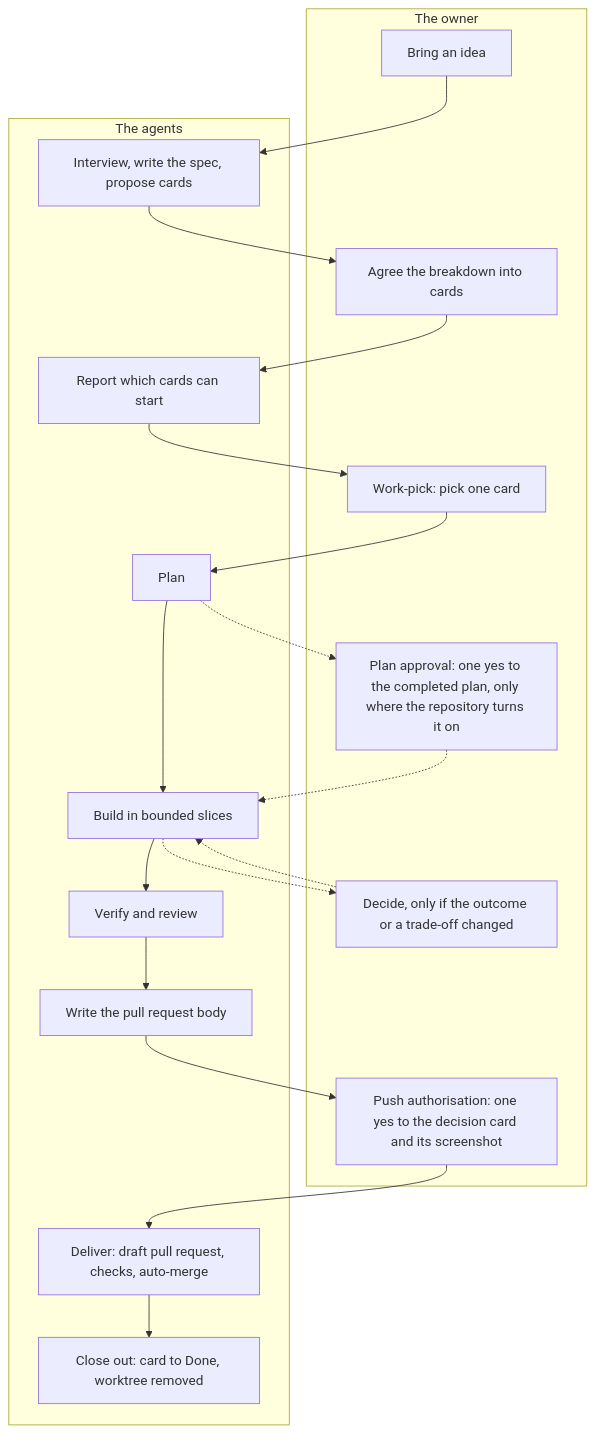
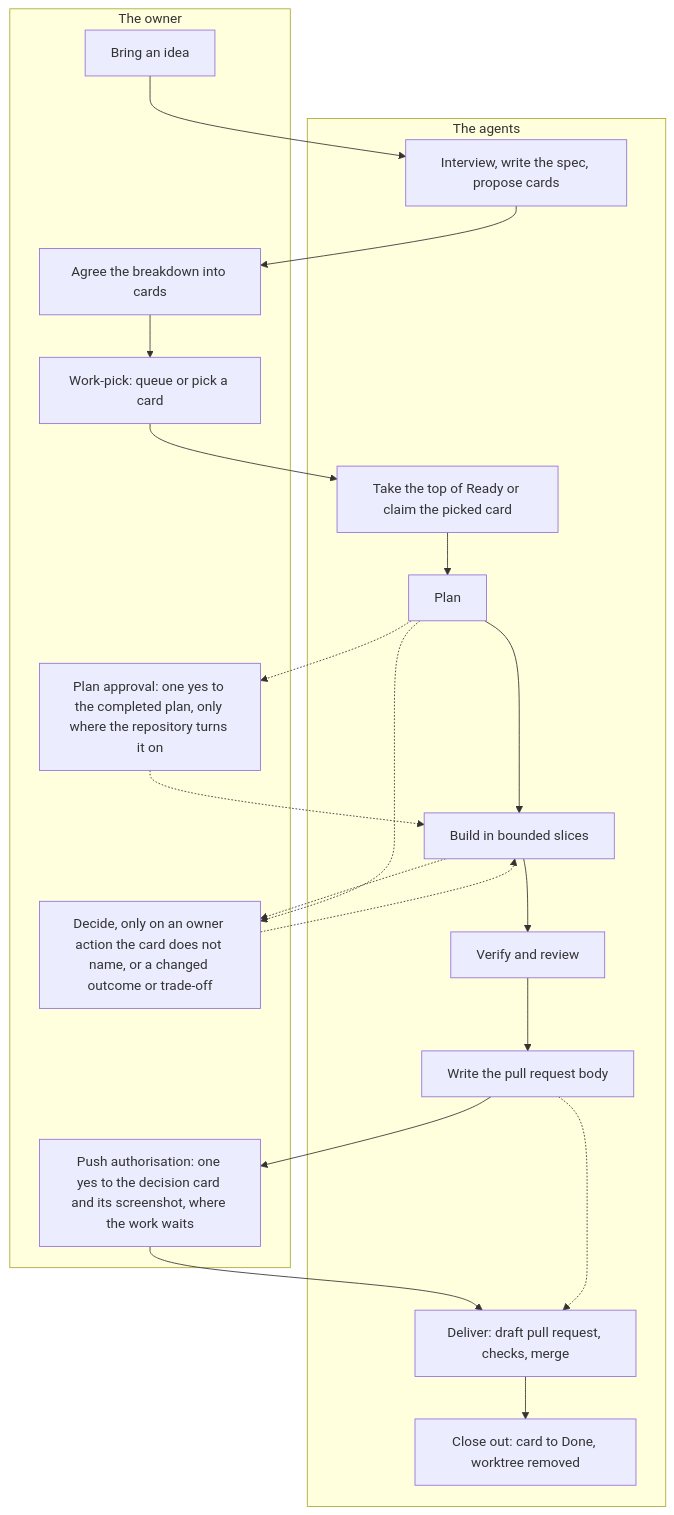
Before and after one commit to zaingulel/kestrel: the diagram in docs/AI-WORKFLOW.md, drawn with Mermaid. The commit also changed other lines of this file and 277 other files, not shown here.

````diff
--- a/docs/AI-WORKFLOW.md
+++ b/docs/AI-WORKFLOW.md
@@ -28,38 +28,40 @@
 ```mermaid
 flowchart TB
     accTitle: The owner and agent steps for one piece of work
     accDescr: The owner brings an idea and makes the decisions, and the agents interview, plan, build, verify, review and deliver, from the idea to a merged change.
     subgraph Owner["The owner"]
         O1["Bring an idea"]
         O2["Agree the breakdown into cards"]
-        O3["Work-pick: pick one card"]
+        O3["Work-pick: queue or pick a card"]
         O6["Plan approval: one yes to the completed plan, only where the repository turns it on"]
-        O4["Decide, only if the outcome or a trade-off changed"]
-        O5["Push authorisation: one yes to the decision card and its screenshot"]
+        O4["Decide, only on an owner action the card does not name, or a changed outcome or trade-off"]
+        O5["Push authorisation: one yes to the decision card and its screenshot, where the work waits"]
     end
     subgraph Agents["The agents"]
         A1["Interview, write the spec, propose cards"]
-        A2["Report which cards can start"]
+        A2["Take the top of Ready or claim the picked card"]
         A3["Plan"]
         A4["Build in bounded slices"]
         A5["Verify and review"]
         A6["Write the pull request body"]
-        A7["Deliver: draft pull request, checks, auto-merge"]
+        A7["Deliver: draft pull request, checks, merge"]
         A8["Close out: card to Done, worktree removed"]
     end
     O1 --> A1
     A1 --> O2
-    O2 --> A2
-    A2 --> O3
-    O3 --> A3
+    O2 --> O3
+    O3 --> A2
+    A2 --> A3
     A3 --> A4
     A4 --> A5
     A5 --> A6
     A6 --> O5
     O5 --> A7
+    A6 -.-> A7
     A7 --> A8
     A4 -.-> O4
+    A3 -.-> O4
     O4 -.-> A4
     A3 -.-> O6
     O6 -.-> A4
 ```
````
